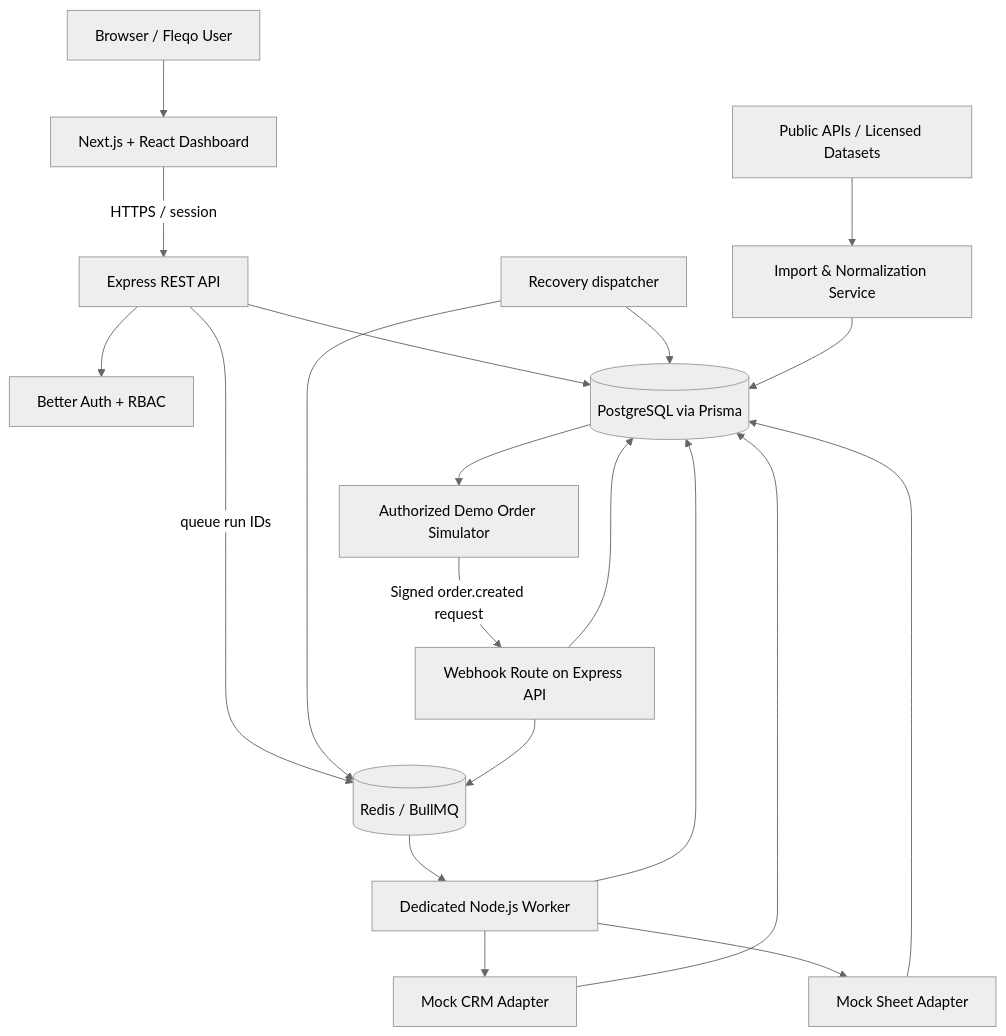
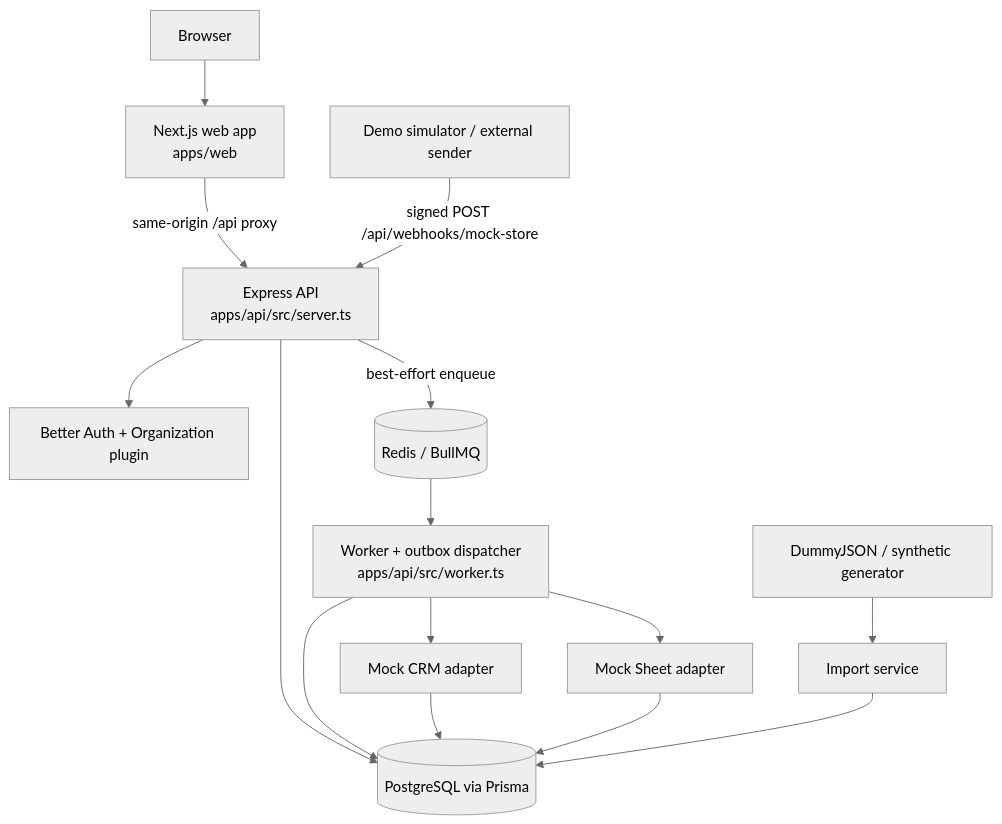
One commit to shariardipto/Fleqo changed the first of 2 diagrams in docs/architecture.md. Above: the diagram before and after it, drawn with Mermaid (neutral theme). The commit also changed other lines of this file and 42 other files, not shown here.

````diff
--- a/docs/architecture.md
+++ b/docs/architecture.md
@@ -25,22 +9,16 @@
 ```mermaid
 flowchart TB
-  U[Browser / Fleqo User] --> W[Next.js + React Dashboard]
-  W -->|HTTPS / session| A[Express REST API]
-  A --> AUTH[Better Auth + RBAC]
+  U[Browser] --> W[Next.js web app<br/>apps/web]
+  W -->|same-origin /api proxy| A[Express API<br/>apps/api/src/server.ts]
+  A --> AUTH[Better Auth + Organization plugin]
   A --> P[(PostgreSQL via Prisma)]
-  A -->|queue run IDs| Q[(Redis / BullMQ)]
-  Q --> WR[Dedicated Node.js Worker]
-  WR --> P
-  WR --> MC[Mock CRM Adapter]
-  WR --> MS[Mock Sheet Adapter]
+  A -->|best-effort enqueue| Q[(Redis / BullMQ)]
+  Q --> WK[Worker + outbox dispatcher<br/>apps/api/src/worker.ts]
+  WK --> P
+  WK --> MC[Mock CRM adapter]
+  WK --> MS[Mock Sheet adapter]
   MC --> P
   MS --> P
-  REC[Recovery dispatcher] --> P
-  REC --> Q
-  PUB[Public APIs / Licensed Datasets] --> IMP[Import & Normalization Service]
-  IMP --> P
-  P --> SIM[Authorized Demo Order Simulator]
-  SIM -->|Signed order.created request| WH[Webhook Route on Express API]
-  WH --> P
-  WH --> Q
+  SIM[Demo simulator / external sender] -->|signed POST /api/webhooks/mock-store| A
+  PUB[DummyJSON / synthetic generator] --> IMP[Import service] --> P
 ```
````
